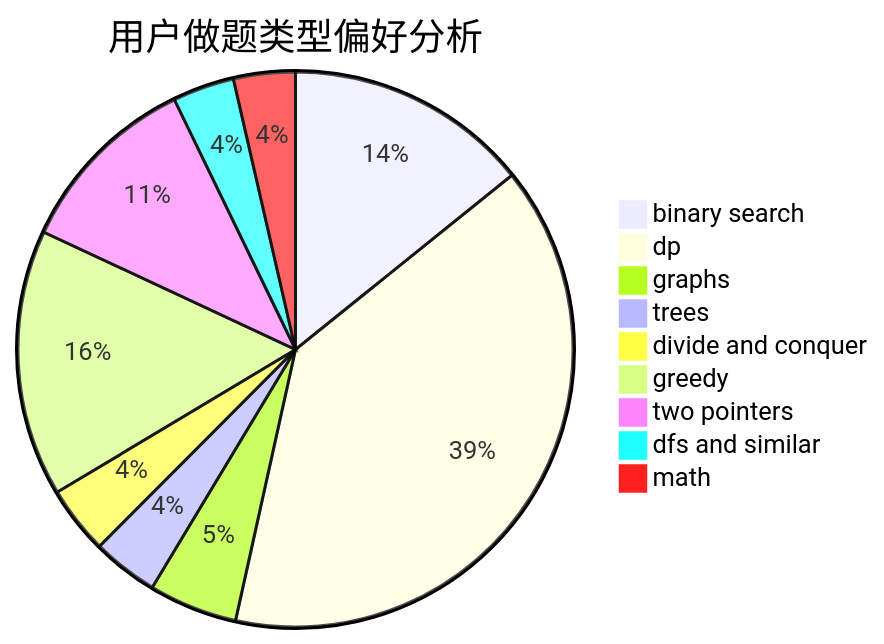
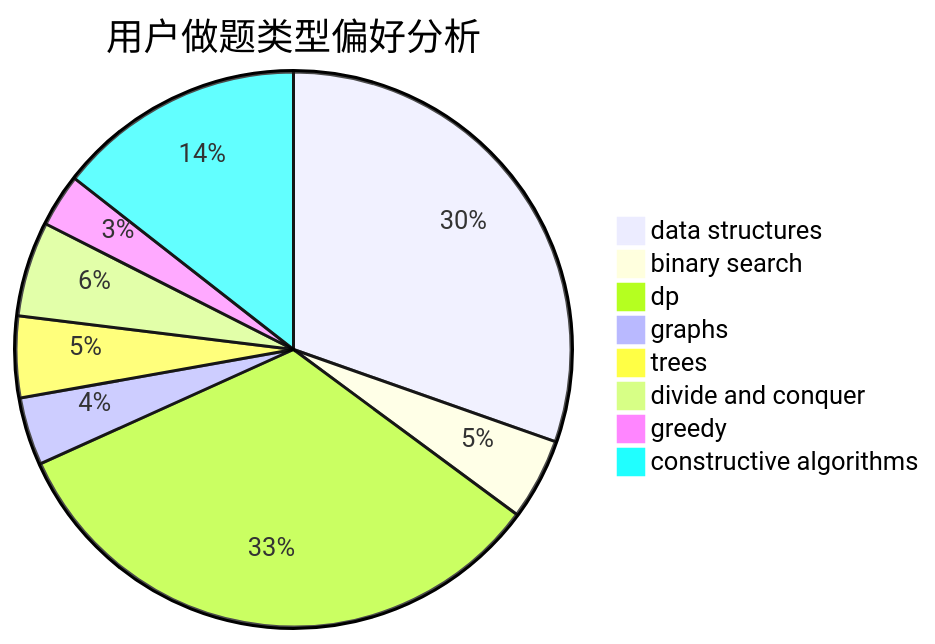
Before and after one commit to sherpahu/cfrs.github.io: the second of 3 diagrams in docs/user/u242.md, drawn with Mermaid. The commit also changed other lines of this file and 2775 other files, not shown here.

````diff
--- a/docs/user/u242.md
+++ b/docs/user/u242.md
@@ -23,12 +23,11 @@
 ```mermaid
 pie title 用户做题类型偏好分析
-    "binary search" :  281
-    "dp" :  776
-    "graphs" :  102
-    "trees" :  76
-    "divide and conquer" :  78
-    "greedy" :  307
-    "two pointers" :  215
-    "dfs and similar" :  71
-    "math" :  71
+    "data structures" :  423
+    "binary search" :  66
+    "dp" :  461
+    "graphs" :  55
+    "trees" :  66
+    "divide and conquer" :  77
+    "greedy" :  43
+    "constructive algorithms" :  201
 ```
````
